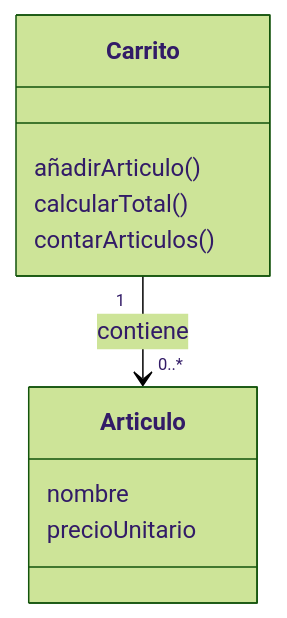
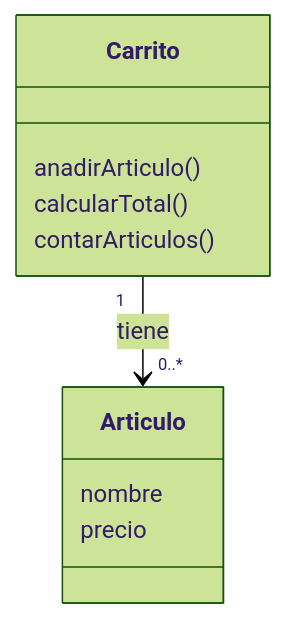
Before and after one commit to raulmoder2000-droid/CD_Tema2_Ejercicios: the first of 3 diagrams in 0102.md, drawn with Mermaid (forest theme). The commit also changed other lines of this file, not shown here.

````diff
--- a/0102.md
+++ b/0102.md
@@ -26,13 +22,13 @@
 ```mermaid
 classDiagram
     class Carrito {
-        añadirArticulo()
+        anadirArticulo()
         calcularTotal()
         contarArticulos()
     }
     class Articulo {
         nombre
-        precioUnitario
+        precio
     }
-    Carrito "1" --> "0..*" Articulo : contiene
+    Carrito "1" --> "0..*" Articulo : tiene
 ```
````
